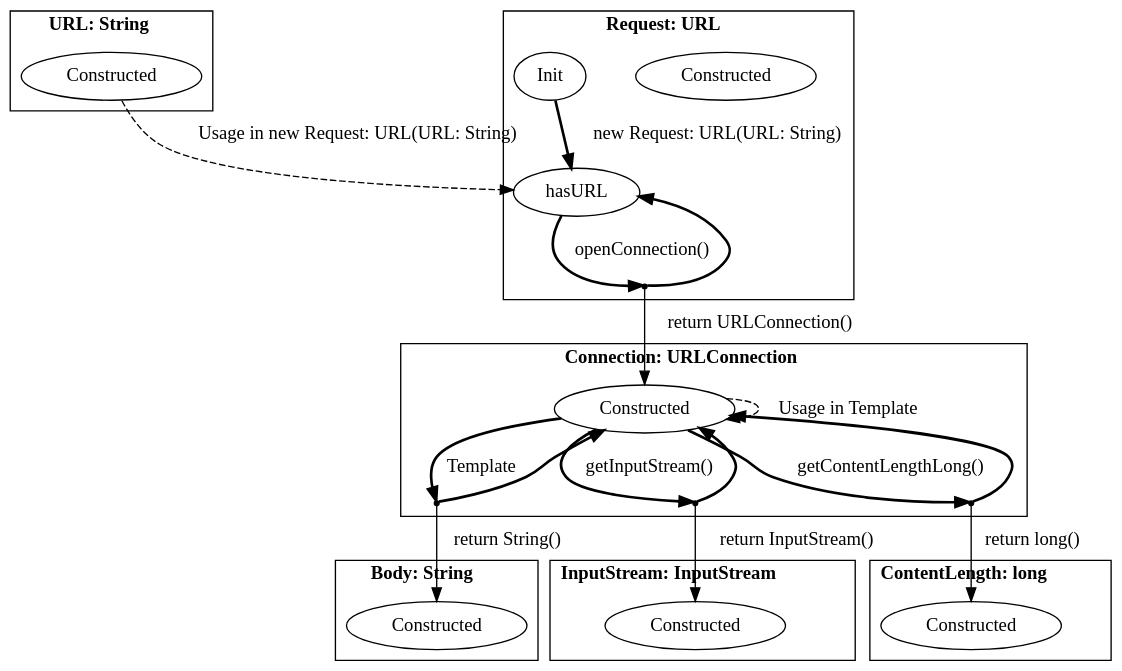
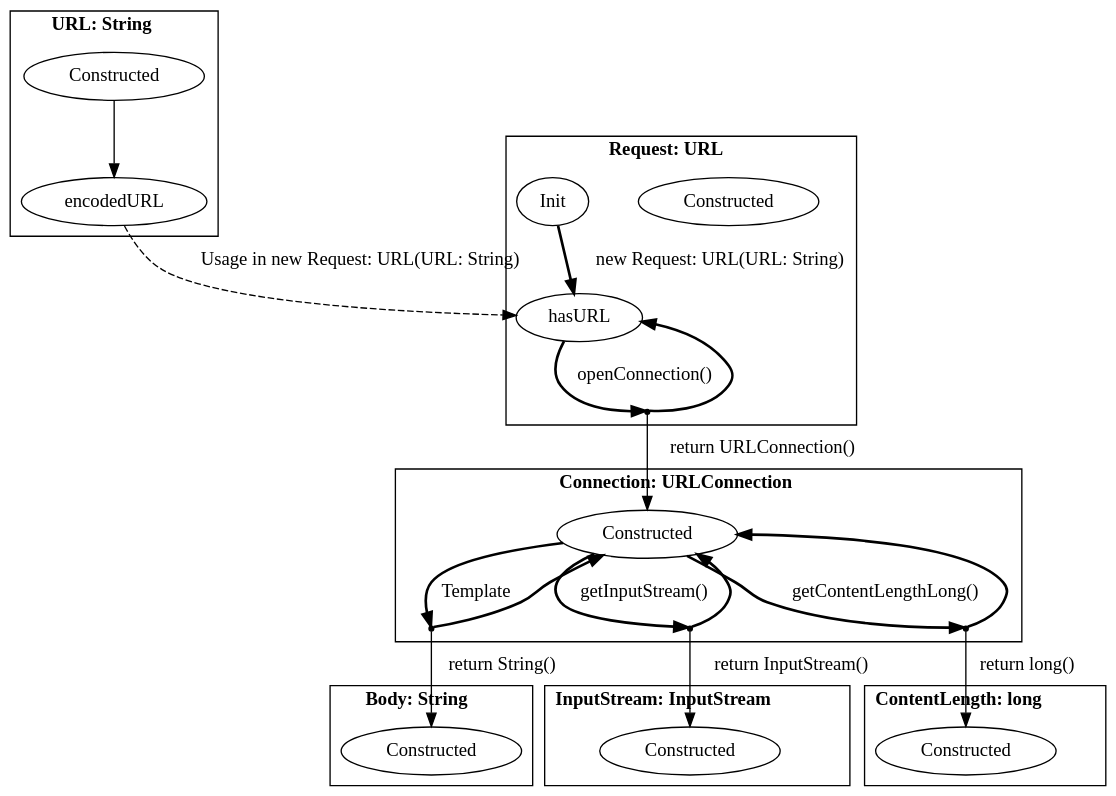
One commit to h31/LibraryMigration changed the diagram in pictures/java.dot. Above: the diagram before and after it, drawn with Graphviz. The commit also changed 11 other files, not shown here.

```diff
--- a/pictures/java.dot
+++ b/pictures/java.dot
@@ -1,48 +1,49 @@
 digraph G {
     bgcolor="transparent";
     subgraph cluster0 {
     label = <<B>URL: String</B>>;
         Constructed_URL [ label="Constructed" ];
+        encodedURL_URL [ label="encodedURL" ];
     }
     subgraph cluster1 {
     label = <<B>Request: URL</B>>;
         Constructed_Request [ label="Constructed" ];
         hasURL_Request [ label="hasURL" ];
         Init_Request [ label="Init" ];
         virtual0 [ shape = point ];
     }
     subgraph cluster2 {
     label = <<B>Connection: URLConnection</B>>;
         Constructed_Connection [ label="Constructed" ];
         virtual1 [ shape = point ];
         virtual2 [ shape = point ];
         virtual3 [ shape = point ];
     }
     subgraph cluster3 {
     label = <<B>Body: String</B>>;
         Constructed_Body [ label="Constructed" ];
     }
     subgraph cluster4 {
     label = <<B>InputStream: InputStream</B>>;
         Constructed_InputStream [ label="Constructed" ];
     }
     subgraph cluster5 {
     label = <<B>ContentLength: long</B>>;
         Constructed_ContentLength [ label="Constructed" ];
     }
-        Constructed_URL -> hasURL_Request [ label="Usage in new Request: URL(URL: String)", style = "dashed"  ];
+        Constructed_URL -> encodedURL_URL [ label="", style = "solid"  ];
+        encodedURL_URL -> hasURL_Request [ label="Usage in new Request: URL(URL: String)", style = "dashed"  ];
         Init_Request -> hasURL_Request [ label="new Request: URL(URL: String)", style = "bold"  ];
         hasURL_Request -> virtual0 [ style = "bold" label="openConnection()"  ];
         virtual0 -> hasURL_Request [ style = "bold"  ];
         virtual0 -> Constructed_Connection [ label="return URLConnection()"  ];
         Constructed_Connection -> virtual1 [ style = "bold" label="Template"  ];
         virtual1 -> Constructed_Connection [ style = "bold"  ];
         virtual1 -> Constructed_Body [ label="return String()"  ];
-        Constructed_Connection -> Constructed_Connection [ label="Usage in Template", style = "dashed"  ];
         Constructed_Connection -> virtual2 [ style = "bold" label="getInputStream()"  ];
         virtual2 -> Constructed_Connection [ style = "bold"  ];
         virtual2 -> Constructed_InputStream [ label="return InputStream()"  ];
         Constructed_Connection -> virtual3 [ style = "bold" label="getContentLengthLong()"  ];
         virtual3 -> Constructed_Connection [ style = "bold"  ];
         virtual3 -> Constructed_ContentLength [ label="return long()"  ];
 }
```
